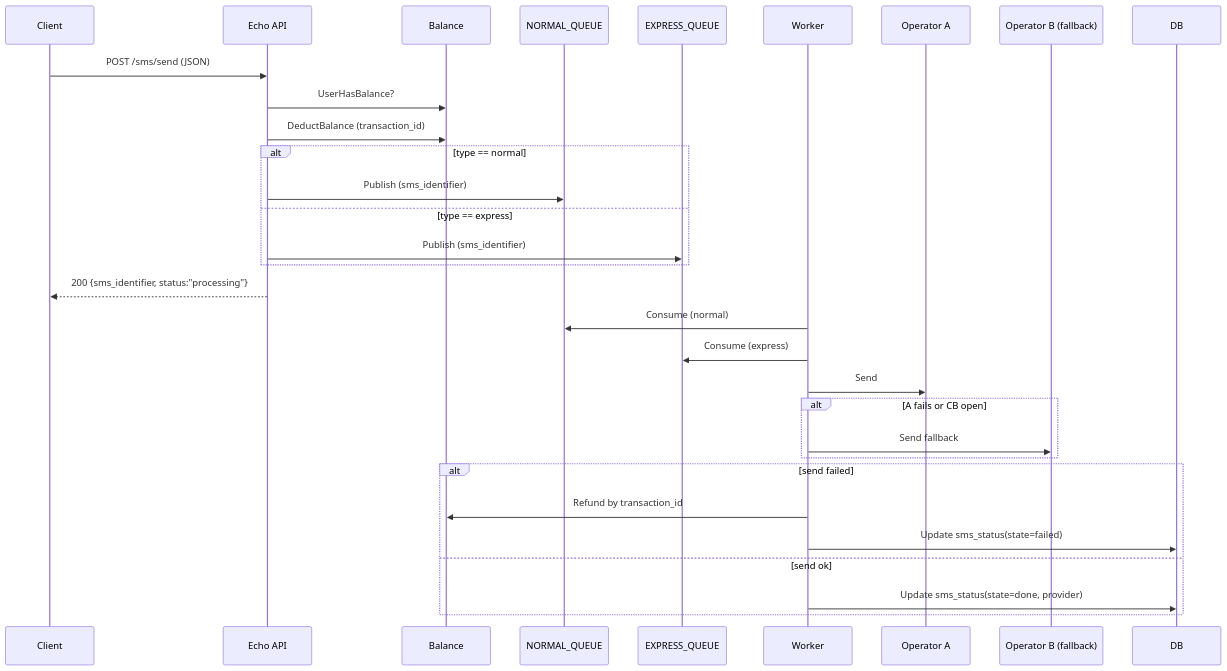
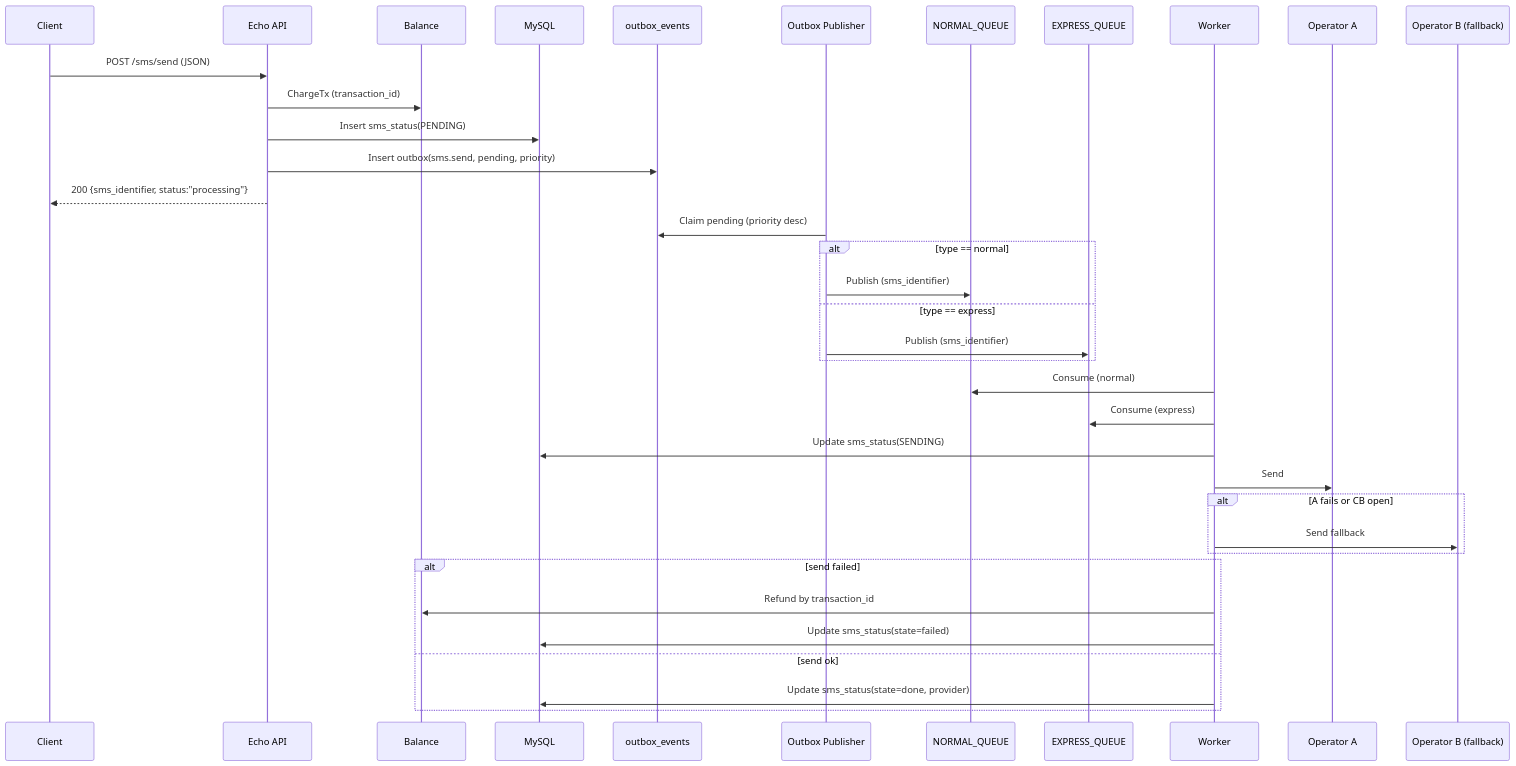
One commit to arminazimi/sms-gateway changed the second of 3 diagrams in README.md. Above: the diagram before and after it, drawn with Mermaid. The commit also changed other lines of this file and 20 other files, not shown here.

Commit message:
Add outbox pattern for SMS processing: implement outbox event handling, update SMS status management, and enhance load testing capabilities. Update README and Makefile for new commands and configuration options.

````diff
--- a/README.md
+++ b/README.md
@@ -142,33 +184,39 @@
 ```mermaid
 sequenceDiagram
   participant C as Client
   participant API as Echo API
   participant BAL as Balance
+  participant DB as MySQL
+  participant OUT as outbox_events
+  participant PUB as Outbox Publisher
   participant MQN as NORMAL_QUEUE
   participant MQE as EXPRESS_QUEUE
   participant W as Worker
   participant A as Operator A
   participant B as Operator B (fallback)
 
   C->>API: POST /sms/send (JSON)
-  API->>BAL: UserHasBalance?
-  API->>BAL: DeductBalance (transaction_id)
+  API->>BAL: ChargeTx (transaction_id)
+  API->>DB: Insert sms_status(PENDING)
+  API->>OUT: Insert outbox(sms.send, pending, priority)
+  API-->>C: 200 {sms_identifier, status:"processing"}
+  PUB->>OUT: Claim pending (priority desc)
   alt type == normal
-    API->>MQN: Publish (sms_identifier)
+    PUB->>MQN: Publish (sms_identifier)
   else type == express
-    API->>MQE: Publish (sms_identifier)
+    PUB->>MQE: Publish (sms_identifier)
   end
-  API-->>C: 200 {sms_identifier, status:"processing"}
   W->>MQN: Consume (normal)
   W->>MQE: Consume (express)
+  W->>DB: Update sms_status(SENDING)
   W->>A: Send
   alt A fails or CB open
     W->>B: Send fallback
   end
   alt send failed
     W->>BAL: Refund by transaction_id
     W->>DB: Update sms_status(state=failed)
   else send ok
     W->>DB: Update sms_status(state=done, provider)
   end
 ```
````
